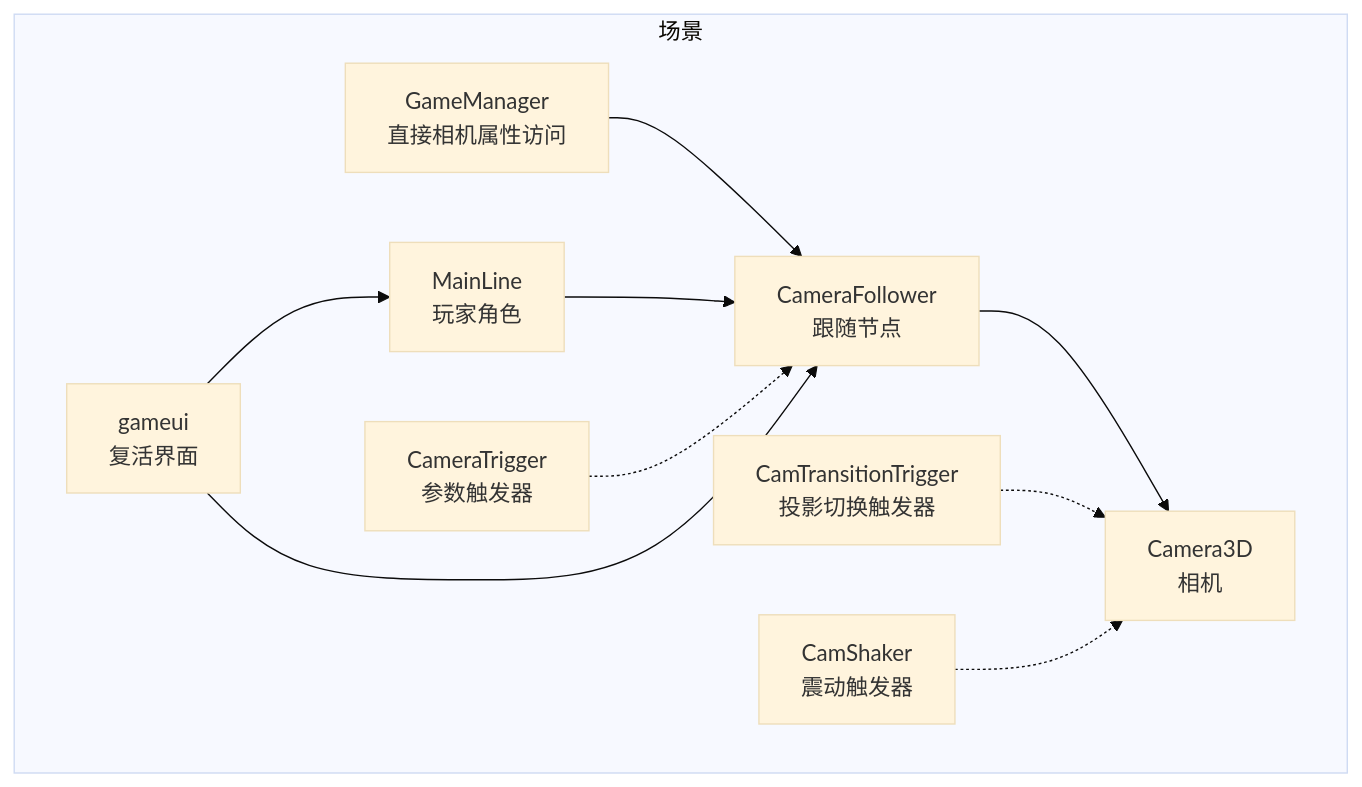
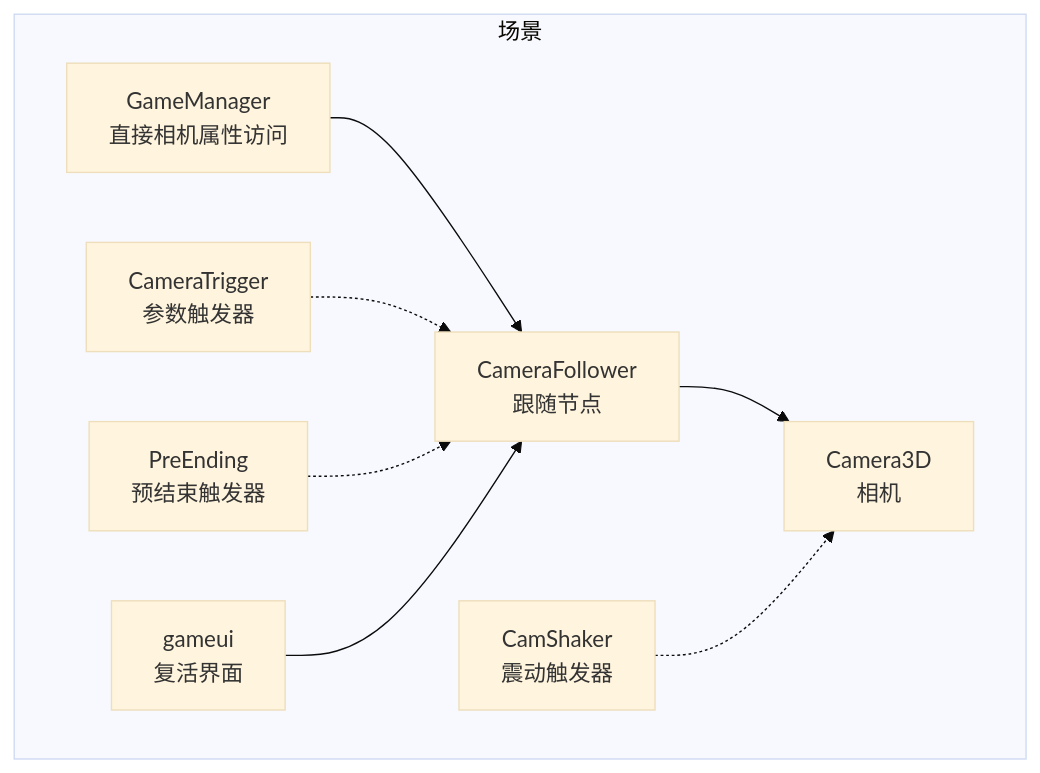
Before and after one commit to godotline/godot-line: the first of 12 diagrams in .qoder/repowiki/zh/content/游戏系统/相机系统/相机跟随系统.md, drawn with Mermaid (base theme). The commit also changed other lines of this file and 10 other files, not shown here.

````diff
--- a/.qoder/repowiki/zh/content/游戏系统/相机系统/相机跟随系统.md
+++ b/.qoder/repowiki/zh/content/游戏系统/相机系统/相机跟随系统.md
@@ -54,21 +53,18 @@
 ```mermaid
 graph TB
 subgraph "场景"
 GM["GameManager<br/>直接相机属性访问"]
-ML["MainLine<br/>玩家角色"]
 CF["CameraFollower<br/>跟随节点"]
 CAM["Camera3D<br/>相机"]
 CT["CameraTrigger<br/>参数触发器"]
-TT["CamTransitionTrigger<br/>投影切换触发器"]
+PRE["PreEnding<br/>预结束触发器"]
 CS["CamShaker<br/>震动触发器"]
 UI["gameui<br/>复活界面"]
 end
 GM --> CF
-ML --> CF
 CF --> CAM
 CT -.-> CF
-TT -.-> CAM
+PRE -.-> CF
 CS -.-> CAM
 UI --> CF
-UI --> ML
 ```
````
